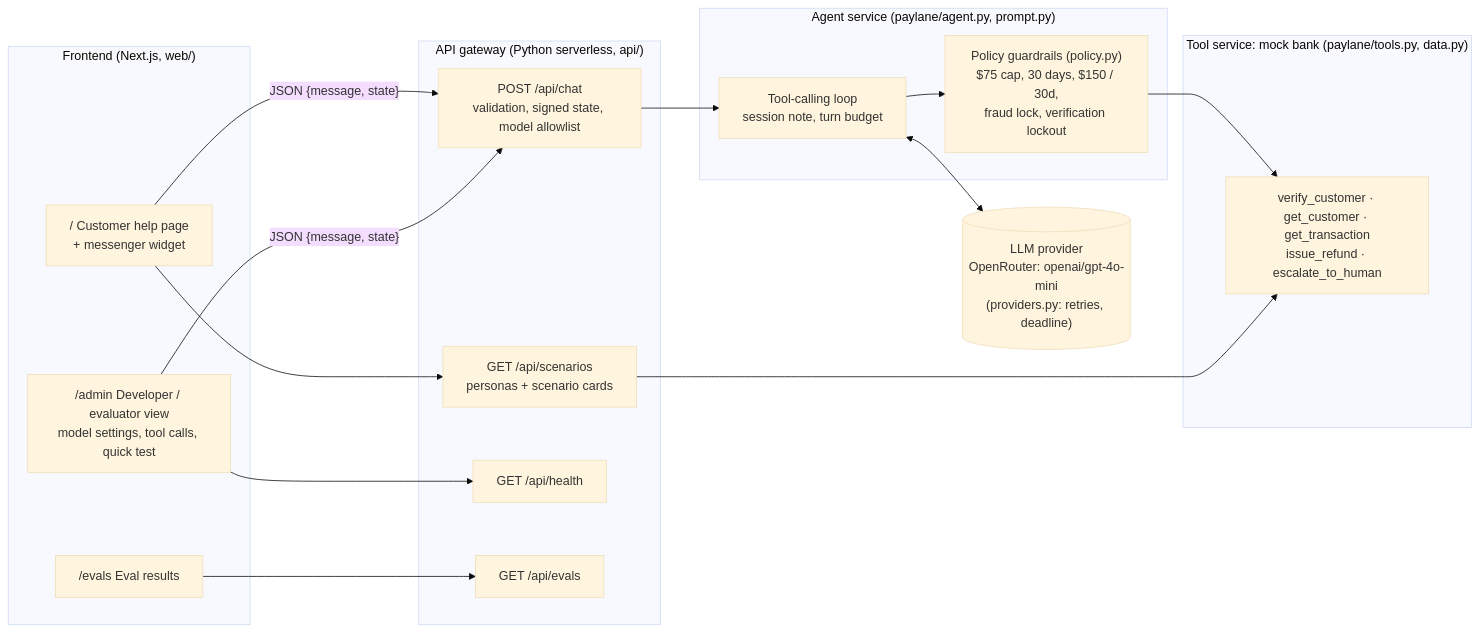
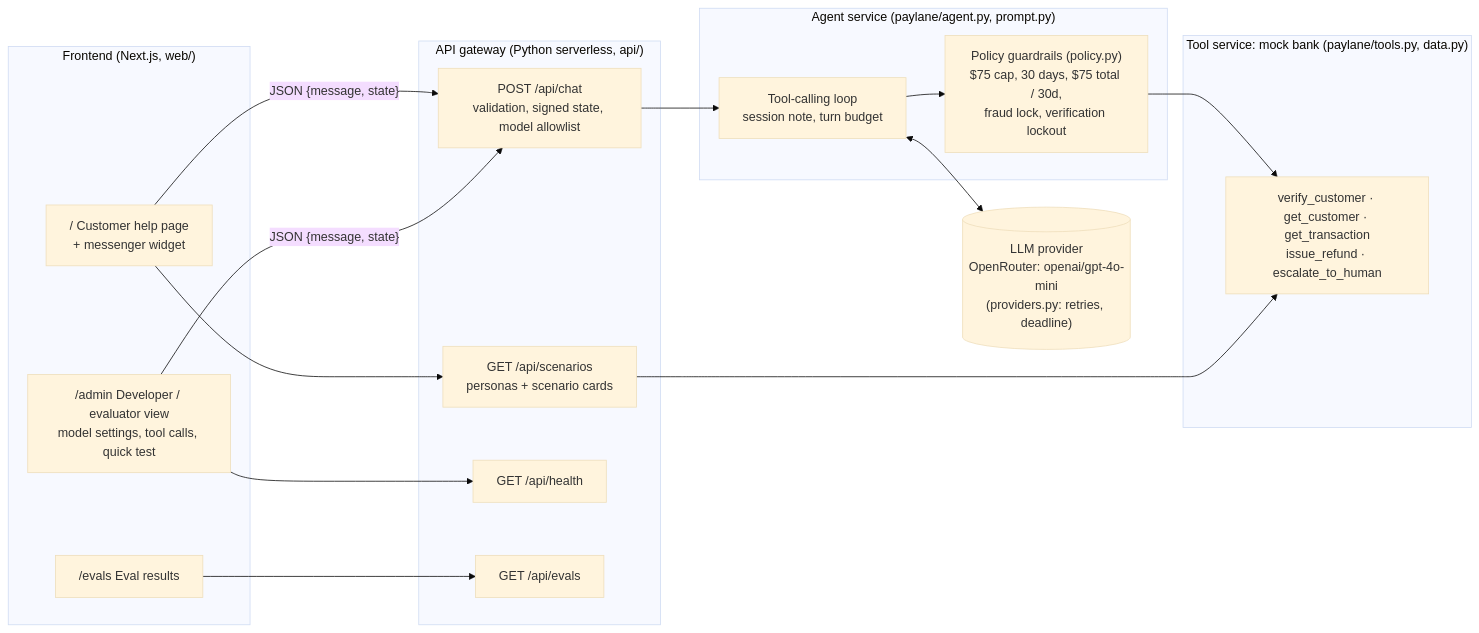
Before and after one commit to priyansh19/fini-custmsup-agent: the diagram in README.md, drawn with Mermaid (base theme). The commit also changed other lines of this file and 42 other files, not shown here.

````diff
--- a/README.md
+++ b/README.md
@@ -187,31 +184,31 @@
 ```mermaid
 flowchart LR
   subgraph FE["Frontend (Next.js, web/)"]
     C["/ Customer help page<br/>+ messenger widget"]
     A["/admin Developer / evaluator view<br/>model settings, tool calls, quick test"]
     E["/evals Eval results"]
   end
   subgraph GW["API gateway (Python serverless, api/)"]
     CH["POST /api/chat<br/>validation, signed state, model allowlist"]
     SC["GET /api/scenarios<br/>personas + scenario cards"]
     HE["GET /api/health"]
     EV["GET /api/evals"]
   end
   subgraph AG["Agent service (paylane/agent.py, prompt.py)"]
     LOOP["Tool-calling loop<br/>session note, turn budget"]
-    POL["Policy guardrails (policy.py)<br/>$75 cap, 30 days, $150 / 30d,<br/>fraud lock, verification lockout"]
+    POL["Policy guardrails (policy.py)<br/>$75 cap, 30 days, $75 total / 30d,<br/>fraud lock, verification lockout"]
   end
   subgraph TS["Tool service: mock bank (paylane/tools.py, data.py)"]
     T1["verify_customer · get_customer · get_transaction<br/>issue_refund · escalate_to_human"]
   end
   LLM[("LLM provider<br/>OpenRouter: openai/gpt-4o-mini<br/>(providers.py: retries, deadline)")]
 
   C & A -- "JSON {message, state}" --> CH
   C --> SC
   A --> HE
   E --> EV
   CH --> LOOP
   LOOP <--> LLM
   LOOP --> POL --> T1
   SC --> T1
 ```
````
